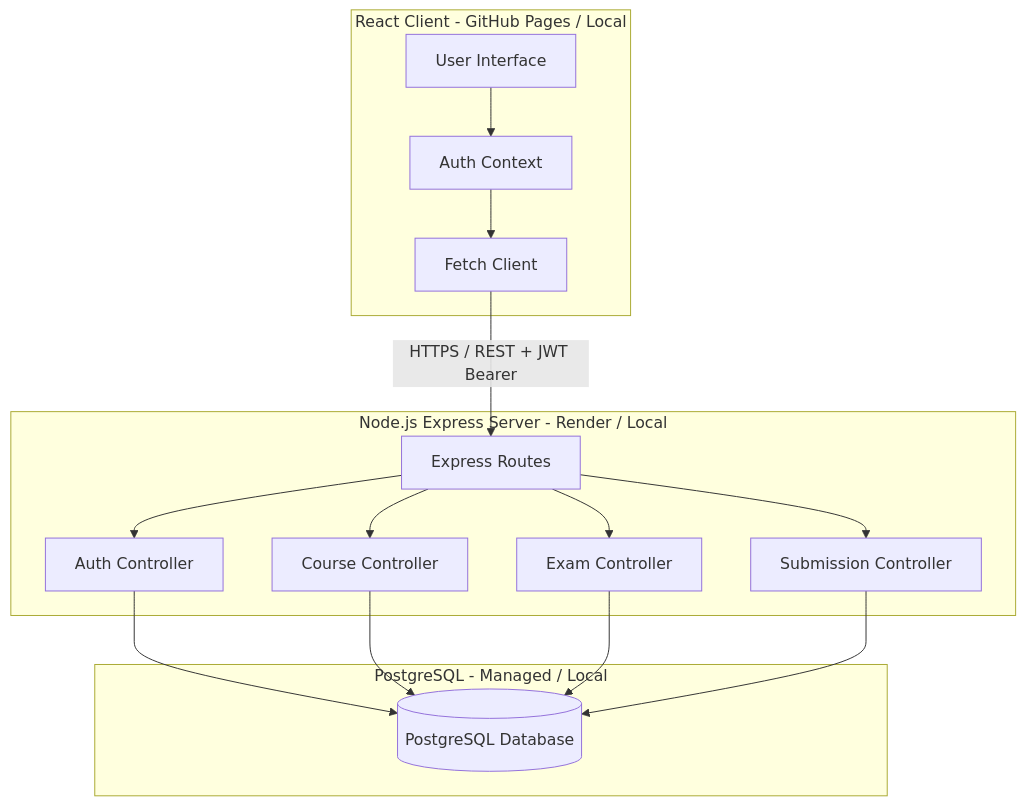
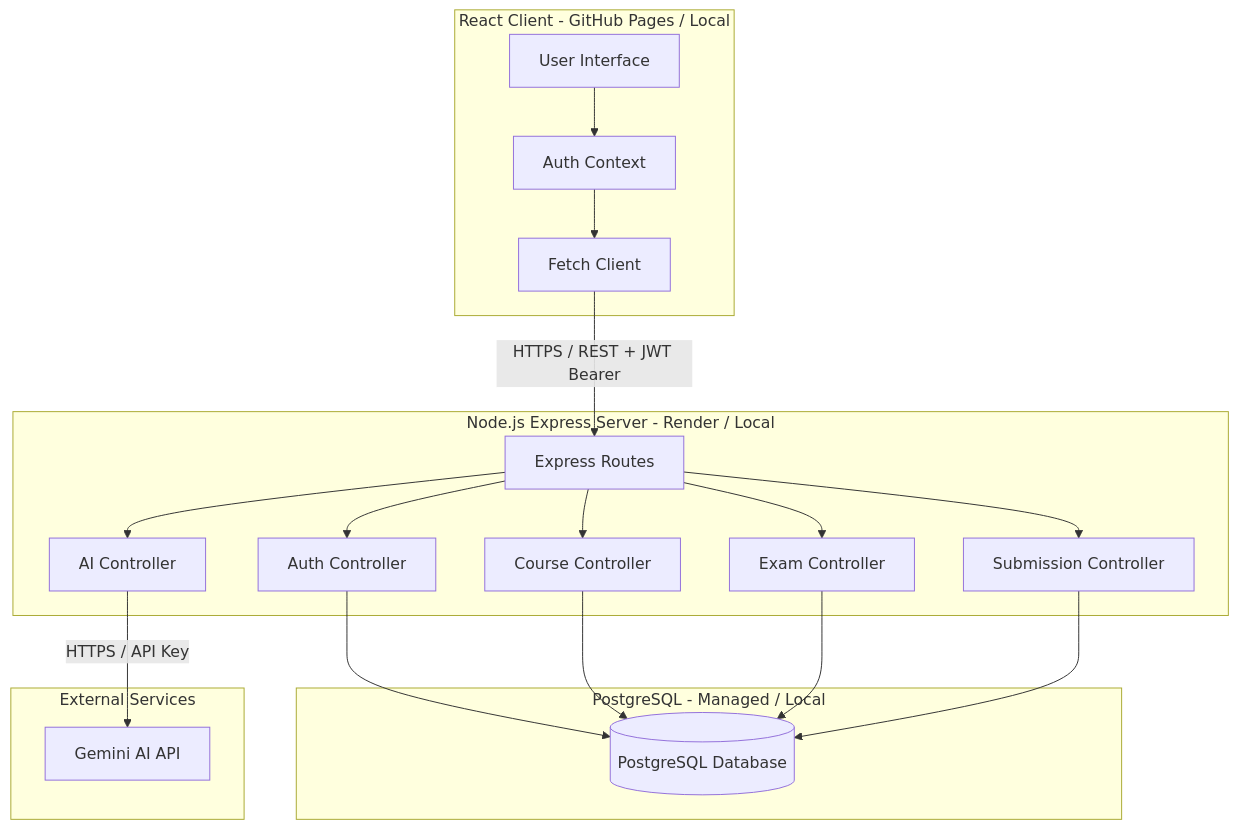
The diagram in README.md (Nashd31/ExamApp), drawn with Mermaid before and after one commit. The commit also changed other lines of this file, not shown here.

````diff
--- a/README.md
+++ b/README.md
@@ -55,38 +55,47 @@
 ```mermaid
 graph TD
     %% Client Side
     subgraph Frontend [React Client - GitHub Pages / Local]
         UI[User Interface]
         AuthCtx[Auth Context]
         APIClient[Fetch Client]
         UI --> AuthCtx
         AuthCtx --> APIClient
     end
 
     %% Network
     APIClient -- "HTTPS / REST + JWT Bearer" --> Router
 
     %% Server Side
     subgraph Backend [Node.js Express Server - Render / Local]
         Router[Express Routes]
         AuthCtrl[Auth Controller]
         CourseCtrl[Course Controller]
         ExamCtrl[Exam Controller]
         SubCtrl[Submission Controller]
+        AICtrl[AI Controller]
         
         Router --> AuthCtrl
         Router --> CourseCtrl
         Router --> ExamCtrl
         Router --> SubCtrl
+        Router --> AICtrl
     end
 
     %% Database
     subgraph Database [PostgreSQL - Managed / Local]
         DB[(PostgreSQL Database)]
     end
 
+    %% External Services
+    subgraph External [External Services]
+        Gemini[Gemini AI API]
+    end
+
     AuthCtrl --> DB
     CourseCtrl --> DB
     ExamCtrl --> DB
     SubCtrl --> DB
+    
+    AICtrl -- "HTTPS / API Key" --> Gemini
 ```
````
